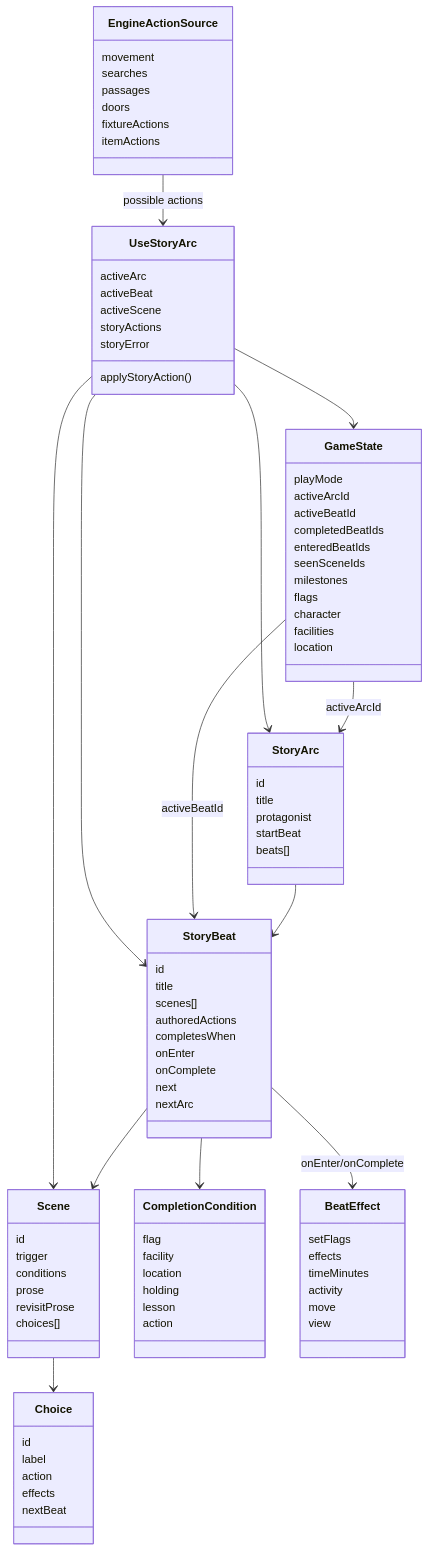
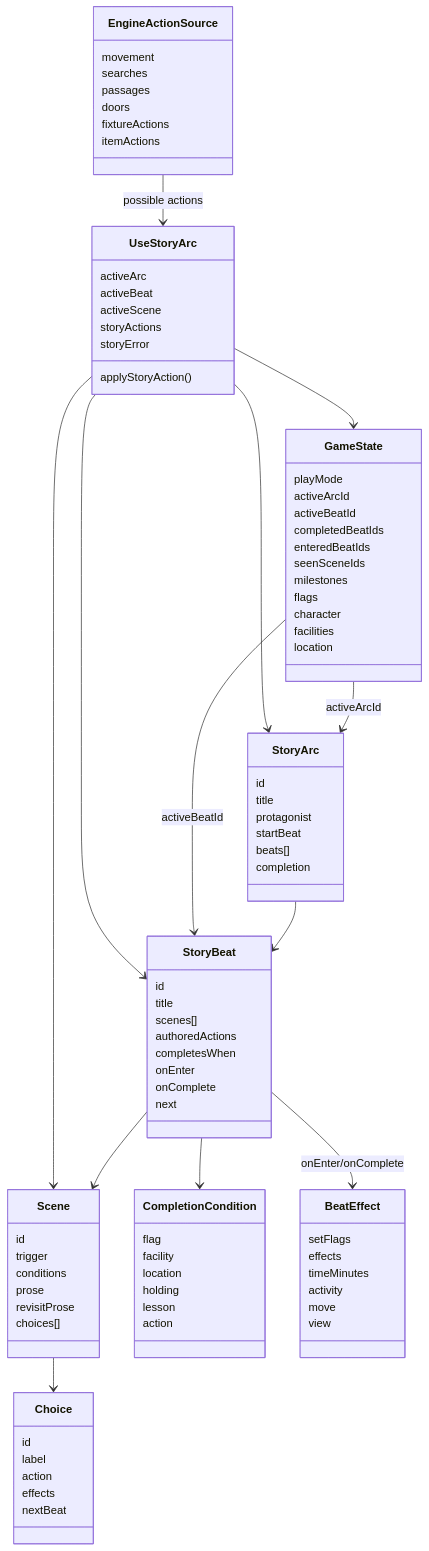
One commit to ZanzibarNuclear/atomic-adventures changed the diagram in docs/plans/story-mode-technical-design.md. Above: the diagram before and after it, drawn with Mermaid. The commit also changed other lines of this file and 21 other files, not shown here.

Commit message:
Add story arc completion detail for editable transition content

```diff
--- a/docs/plans/story-mode-technical-design.md
+++ b/docs/plans/story-mode-technical-design.md
@@ -59,6 +59,7 @@
     protagonist
     startBeat
     beats[]
+    completion
   }
 
   class StoryBeat {
@@ -70,7 +71,6 @@
     onEnter
     onComplete
     next
-    nextArc
   }
 
   class Scene {
```
